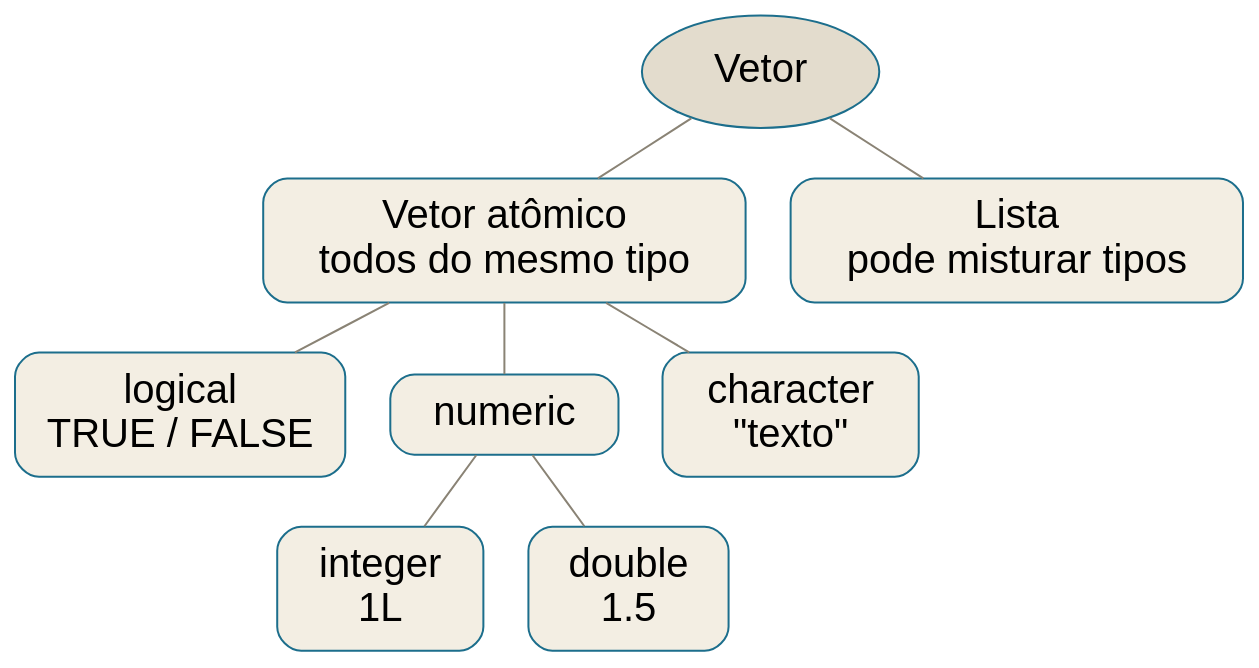
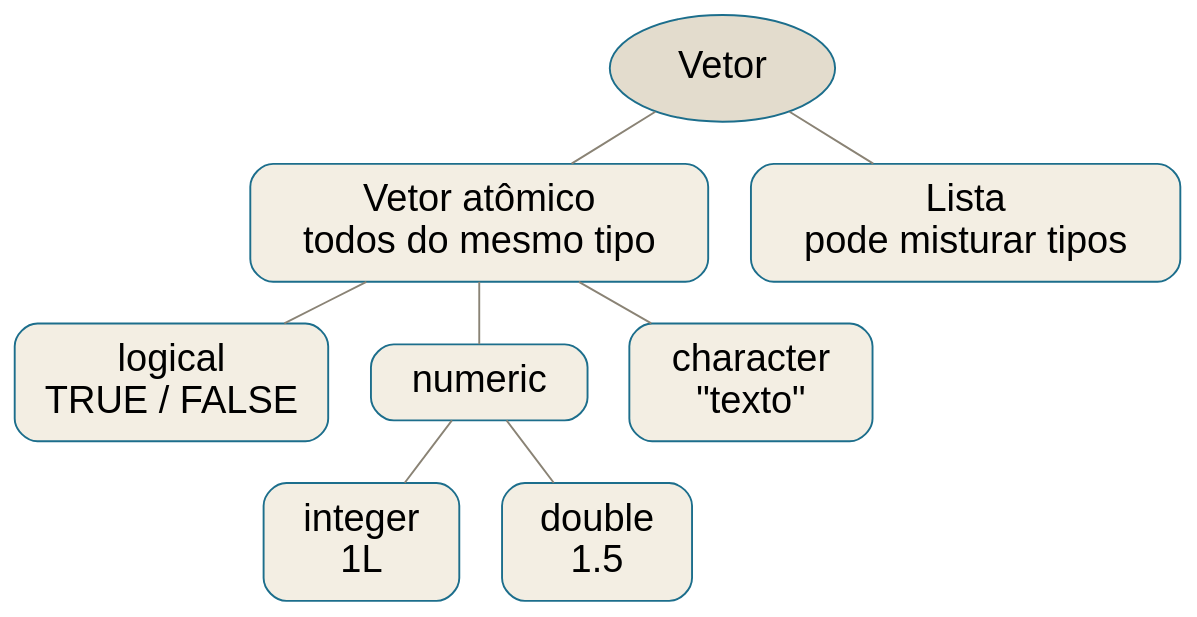
Before and after one commit to diogoprov/intro-r: the diagram in slides/aula-01.qmd, drawn with Graphviz. The commit also changed other lines of this file and 7 other files, not shown here.

Commit message:
slides: corrige estouros de diagrama e imagem, e aproveita melhor o palco

````diff
--- a/slides/aula-01.qmd
+++ b/slides/aula-01.qmd
@@ -383,22 +383,24 @@
 ```{dot}
+//| echo: false
 //| fig-width: 9
 digraph vetores {
-  bgcolor="transparent"; rankdir=TB; ranksep=0.35; nodesep=0.3;
+  bgcolor="transparent"; rankdir=TB; ranksep=0.3; nodesep=0.3;
+  graph [size="9,4.2!"];
   node [shape=box style="rounded,filled" fillcolor="#f3eee3" color="#1c6e8c"
         fontname="Helvetica" fontsize=20 margin="0.22,0.12"];
   edge [color="#8a8375" arrowhead=none];
 
   V   [label="Vetor" shape=ellipse fillcolor="#e3dccd"];
   AT  [label="Vetor atômico\ntodos do mesmo tipo"];
   LI  [label="Lista\npode misturar tipos"];
   LOG [label="logical\nTRUE / FALSE"];
   NUM [label="numeric"];
   CHR [label="character\n\"texto\""];
   INT [label="integer\n1L"];
   DBL [label="double\n1.5"];
 
   V -> AT; V -> LI;
   AT -> LOG; AT -> NUM; AT -> CHR;
   NUM -> INT; NUM -> DBL;
 }
 ```
````
